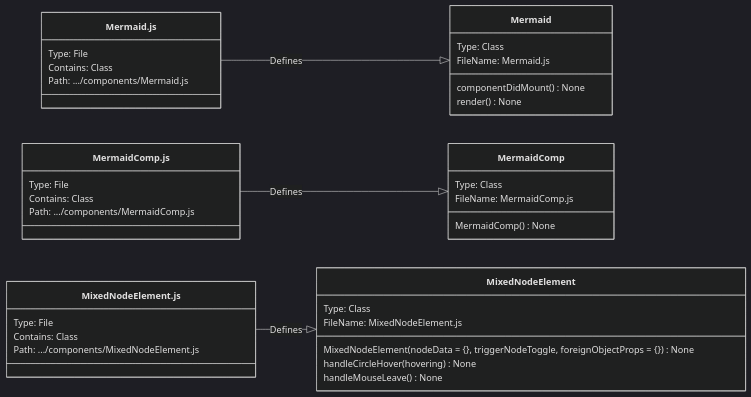
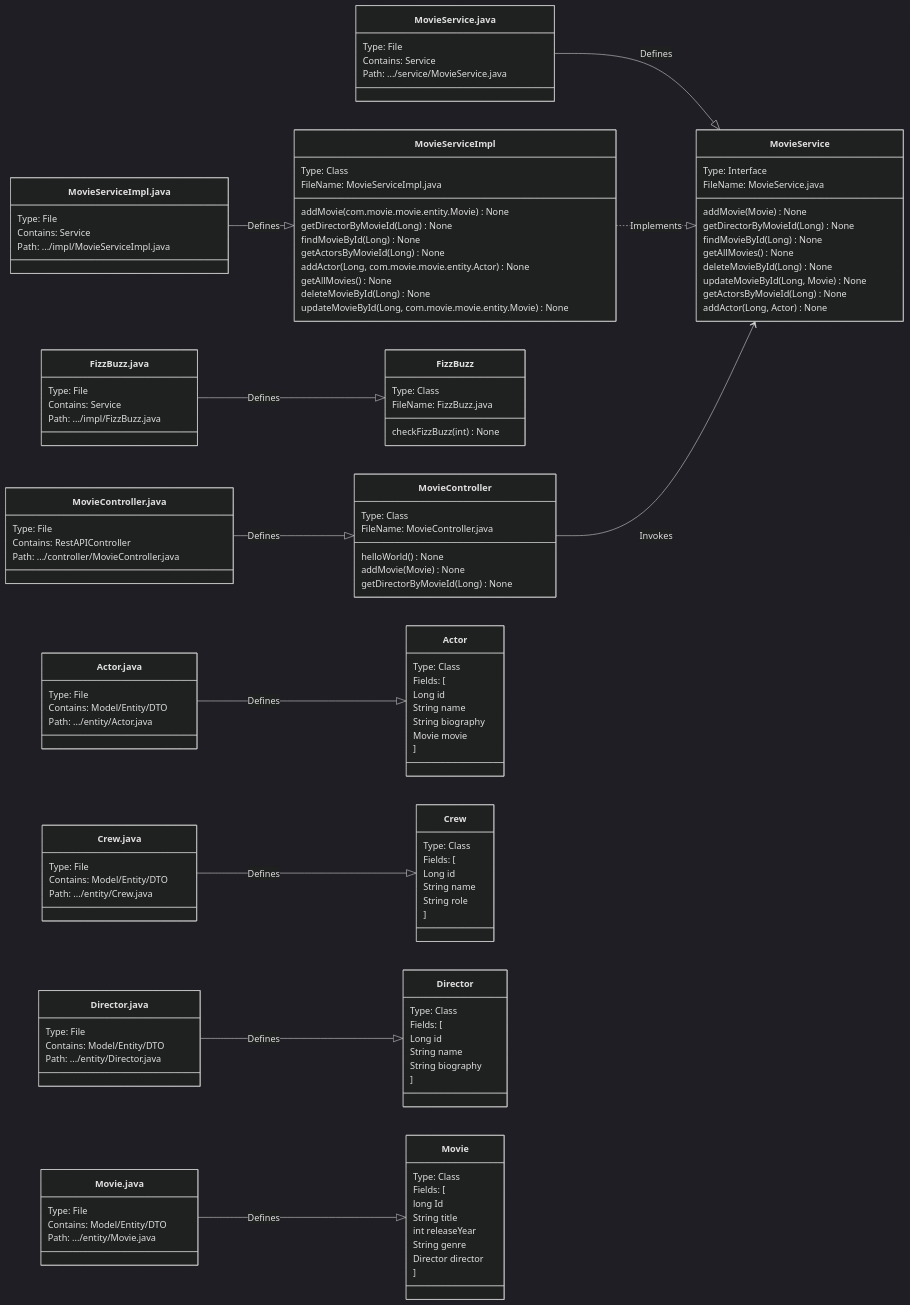
One commit to codrAlxx/module-mapper changed the diagram in src/auto-gen/mermaid_code/graph.md. Above: the diagram before and after it, drawn with Mermaid (dark theme). The commit also changed 11 other files, not shown here.

````diff
--- a/src/auto-gen/mermaid_code/graph.md
+++ b/src/auto-gen/mermaid_code/graph.md
@@ -1,59 +1,193 @@
 ```mermaid
-
 classDiagram
 
 direction LR
-        class `Mermaid.js` {
+
+        class `MovieController.java` {
             Type: File
-            Contains: Class
-            Path: .../components/Mermaid.js
+            Contains: RestAPIController
+            Path: .../controller/MovieController.java
         }
 
-        class Mermaid{
+        class MovieController{
             Type: Class
-            FileName: Mermaid.js
+            FileName: MovieController.java
         }
 
-        `Mermaid.js` --|> Mermaid : Defines
+        `MovieController.java` --|> MovieController : Defines
         
-                Mermaid : componentDidMount() None
+                MovieController : helloWorld() None
                 
-                Mermaid : render() None
+                MovieController : addMovie(Movie) None
                 
-        class `MermaidComp.js` {
+                MovieController : getDirectorByMovieId(Long) None
+                
+        class `MovieService.java` {
             Type: File
-            Contains: Class
-            Path: .../components/MermaidComp.js
+            Contains: Service
+            Path: .../service/MovieService.java
         }
 
-        class MermaidComp{
-            Type: Class
-            FileName: MermaidComp.js
+        class MovieService{
+            Type: Interface
+            FileName: MovieService.java
         }
 
-        `MermaidComp.js` --|> MermaidComp : Defines
+        `MovieService.java` --|> MovieService : Defines
         
-                MermaidComp : MermaidComp() None
+                MovieService : addMovie(Movie) None
                 
-        class `MixedNodeElement.js` {
+                MovieService : getDirectorByMovieId(Long) None
+                
+                MovieService : findMovieById(Long) None
+                
+                MovieService : getAllMovies() None
+                
+                MovieService : deleteMovieById(Long) None
+                
+                MovieService : updateMovieById(Long, Movie) None
+                
+                MovieService : getActorsByMovieId(Long) None
+                
+                MovieService : addActor(Long, Actor) None
+                
+        class `FizzBuzz.java` {
             Type: File
-            Contains: Class
-            Path: .../components/MixedNodeElement.js
+            Contains: Service
+            Path: .../impl/FizzBuzz.java
         }
 
-        class MixedNodeElement{
+        class FizzBuzz{
             Type: Class
-            FileName: MixedNodeElement.js
+            FileName: FizzBuzz.java
         }
 
-        `MixedNodeElement.js` --|> MixedNodeElement : Defines
+        `FizzBuzz.java` --|> FizzBuzz : Defines
         
-                MixedNodeElement : MixedNodeElement(nodeData = {}, triggerNodeToggle, foreignObjectProps = {}) None
+                FizzBuzz : checkFizzBuzz(int) None
                 
-                MixedNodeElement : handleCircleHover(hovering) None
+        class `MovieServiceImpl.java` {
+            Type: File
+            Contains: Service
+            Path: .../impl/MovieServiceImpl.java
+        }
+
+                    class `MovieService` {
+                    }
+
+                    MovieServiceImpl ..|> `MovieService` : Implements
                 
-                MixedNodeElement : handleMouseLeave() None
+        class MovieServiceImpl{
+            Type: Class
+            FileName: MovieServiceImpl.java
+        }
+
+        `MovieServiceImpl.java` --|> MovieServiceImpl : Defines
+        
+                MovieServiceImpl : addMovie(com.movie.movie.entity.Movie) None
                 
+                MovieServiceImpl : getDirectorByMovieId(Long) None
+                
+                MovieServiceImpl : findMovieById(Long) None
+                
+                MovieServiceImpl : getActorsByMovieId(Long) None
+                
+                MovieServiceImpl : addActor(Long, com.movie.movie.entity.Actor) None
+                
+                MovieServiceImpl : getAllMovies() None
+                
+                MovieServiceImpl : deleteMovieById(Long) None
+                
+                MovieServiceImpl : updateMovieById(Long, com.movie.movie.entity.Movie) None
+                
+            MovieController --> MovieService : Invokes
+            
 
 
+        class `Actor.java` {
+            Type: File
+            Contains: Model/Entity/DTO
+            Path: .../entity/Actor.java
+        }
+
+        class Actor {
+            Type: Class
+            Fields: [
+
+Long id
+
+String name
+
+String biography
+
+Movie movie
+]
+        }
+
+        `Actor.java` --|> Actor : Defines
+        
+        class `Crew.java` {
+            Type: File
+            Contains: Model/Entity/DTO
+            Path: .../entity/Crew.java
+        }
+
+        class Crew {
+            Type: Class
+            Fields: [
+
+Long id
+
+String name
+
+String role
+]
+        }
+
+        `Crew.java` --|> Crew : Defines
+        
+        class `Director.java` {
+            Type: File
+            Contains: Model/Entity/DTO
+            Path: .../entity/Director.java
+        }
+
+        class Director {
+            Type: Class
+            Fields: [
+
+Long id
+
+String name
+
+String biography
+]
+        }
+
+        `Director.java` --|> Director : Defines
+        
+        class `Movie.java` {
+            Type: File
+            Contains: Model/Entity/DTO
+            Path: .../entity/Movie.java
+        }
+
+        class Movie {
+            Type: Class
+            Fields: [
+
+long Id
+
+String title
+
+int releaseYear
+
+String genre
+
+Director director
+]
+        }
+
+        `Movie.java` --|> Movie : Defines
+        
 ```
````
